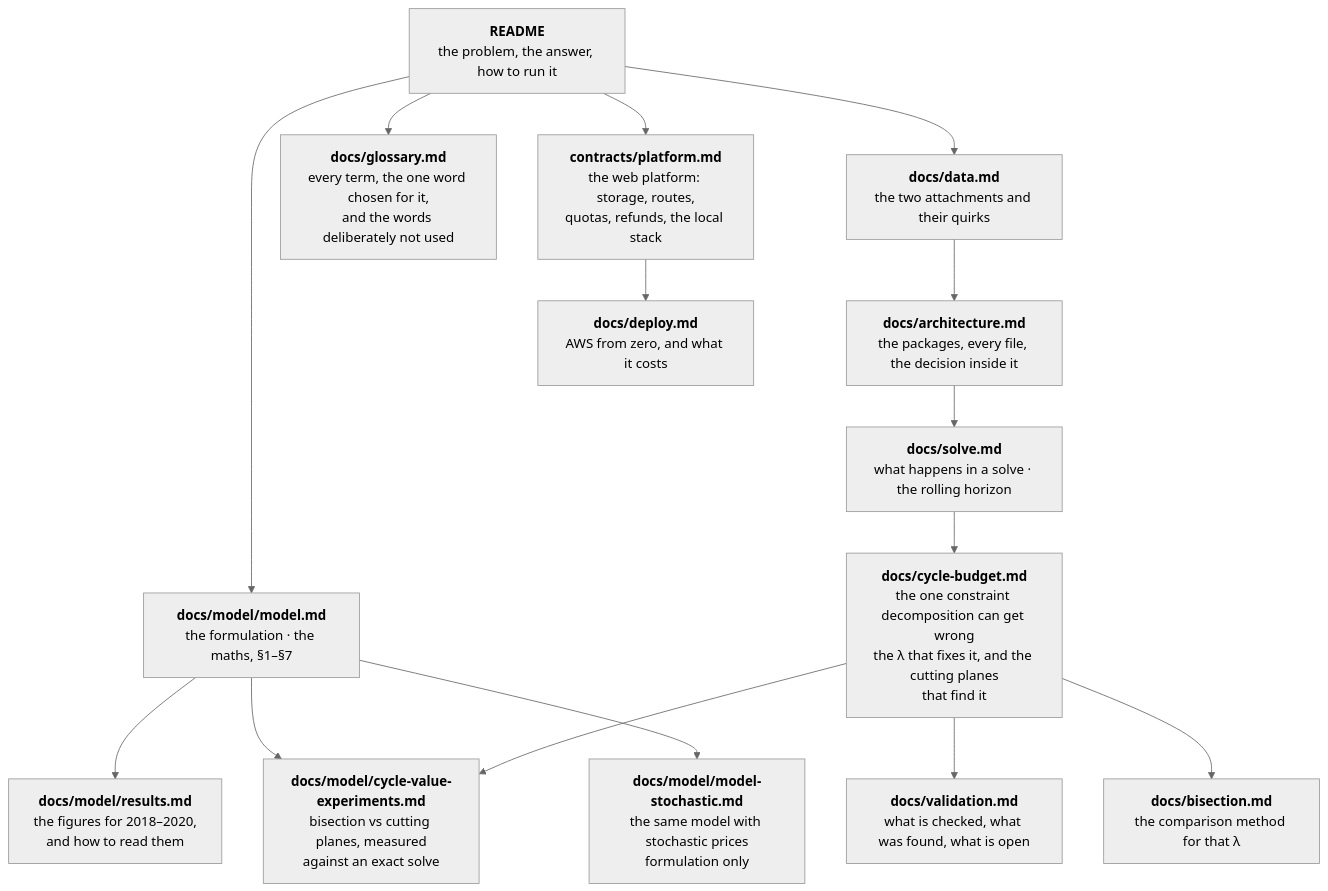
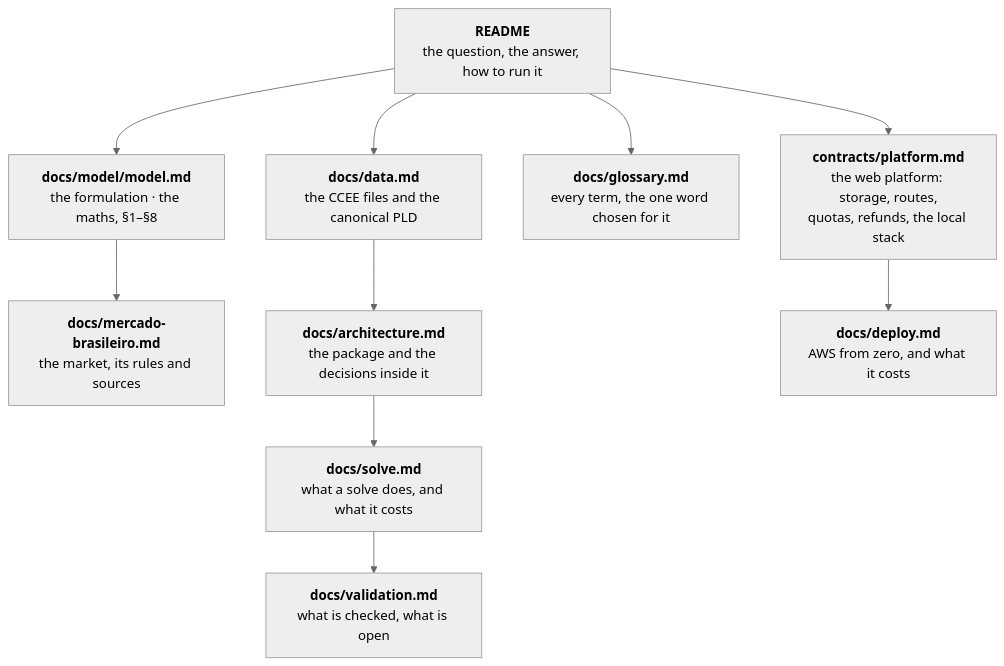
One commit to GuilhermePFM/BatteryDispatchModel changed the third of 3 diagrams in README.md. Above: the diagram before and after it, drawn with Mermaid (neutral theme). The commit also changed other lines of this file and 242 other files, not shown here.

First line of the commit message:
feat: adapt BatteryPlan to the Brazilian PLD market

````diff
--- a/README.md
+++ b/README.md
@@ -251,27 +230,18 @@
 ```mermaid
 flowchart TD
-    R["<b>README</b><br/>the problem, the answer, how to run it"]
-    M["<b>docs/model/model.md</b><br/>the formulation · the maths, §1–§7"]
-    D["<b>docs/data.md</b><br/>the two attachments and their quirks"]
-    A["<b>docs/architecture.md</b><br/>the packages, every file, the decision inside it"]
-    S["<b>docs/solve.md</b><br/>what happens in a solve · the rolling horizon"]
-    C["<b>docs/cycle-budget.md</b><br/>the one constraint decomposition can get wrong<br/>the λ that fixes it, and the cutting planes<br/>that find it"]
-    B["<b>docs/bisection.md</b><br/>the comparison method for that λ"]
-    RE["<b>docs/model/results.md</b><br/>the figures for 2018–2020,<br/>and how to read them"]
-    X["<b>docs/model/cycle-value-experiments.md</b><br/>bisection vs cutting planes, measured<br/>against an exact solve"]
-    ST["<b>docs/model/model-stochastic.md</b><br/>the same model with stochastic prices<br/>formulation only"]
-    V["<b>docs/validation.md</b><br/>what is checked, what was found, what is open"]
-    G["<b>docs/glossary.md</b><br/>every term, the one word chosen for it,<br/>and the words deliberately not used"]
+    R["<b>README</b><br/>the question, the answer, how to run it"]
+    M["<b>docs/model/model.md</b><br/>the formulation · the maths, §1–§8"]
+    MB["<b>docs/mercado-brasileiro.md</b><br/>the market, its rules and sources"]
+    D["<b>docs/data.md</b><br/>the CCEE files and the canonical PLD"]
+    A["<b>docs/architecture.md</b><br/>the package and the decisions inside it"]
+    S["<b>docs/solve.md</b><br/>what a solve does, and what it costs"]
+    V["<b>docs/validation.md</b><br/>what is checked, what is open"]
+    G["<b>docs/glossary.md</b><br/>every term, the one word chosen for it"]
     P["<b>contracts/platform.md</b><br/>the web platform: storage, routes,<br/>quotas, refunds, the local stack"]
     DE["<b>docs/deploy.md</b><br/>AWS from zero, and what it costs"]
 
     R --> G
-    R --> M
-    R --> D --> A --> S --> C --> V
-    M --> RE
-    M --> X
-    C --> X
-    C --> B
-    M --> ST
+    R --> M --> MB
+    R --> D --> A --> S --> V
     R --> P --> DE
 ```
````
